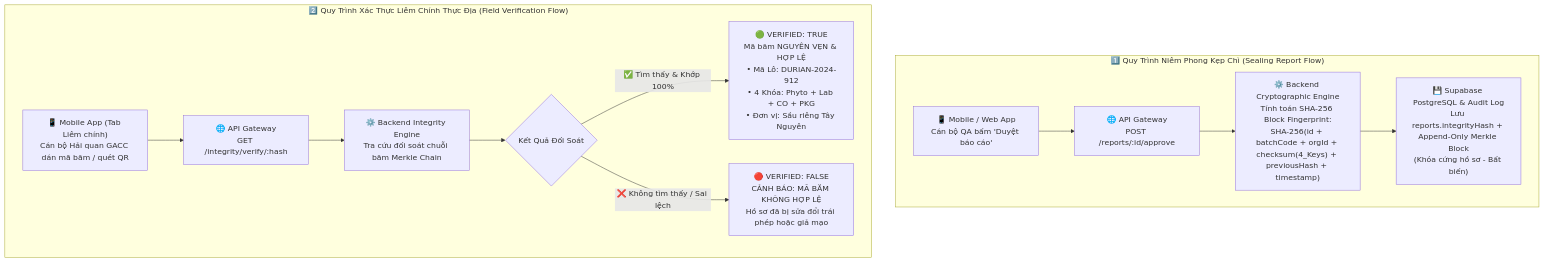
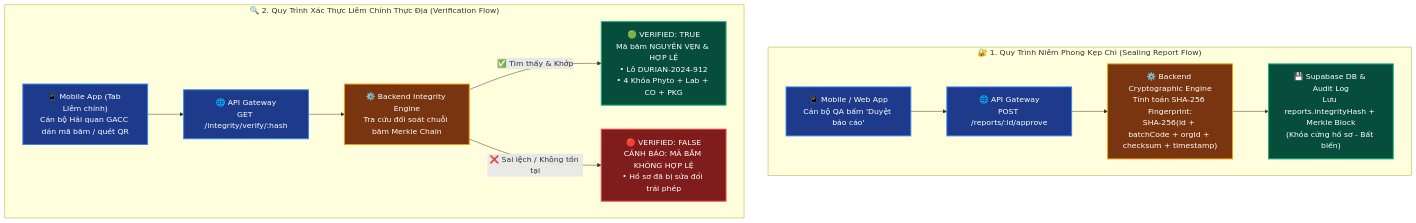
Before and after one commit to Rochthii/KADA_Module3_BE_Mobile_VANLONGHOI_THEMIS: the first of 2 diagrams in README.md, drawn with Mermaid. The commit also changed other lines of this file, not shown here.

Commit message:
docs: add modern colored node styling to Mermaid anti-tamper and architecture diagrams

````diff
--- a/README.md
+++ b/README.md
@@ -60,16 +60,29 @@
 ```mermaid
 flowchart TD
-    subgraph Flow1 ["1️⃣ Quy Trình Niêm Phong Kẹp Chì (Sealing Report Flow)"]
-        A1["📱 Mobile / Web App\nCán bộ QA bấm 'Duyệt báo cáo'"] --> B1["🌐 API Gateway\nPOST /reports/:id/approve"]
-        B1 --> C1["⚙️ Backend Cryptographic Engine\nTính toán SHA-256 Block Fingerprint:\nSHA-256(id + batchCode + orgId + checksum(4_Keys) + previousHash + timestamp)"]
-        C1 --> D1["💾 Supabase PostgreSQL & Audit Log\nLưu reports.integrityHash + Append-Only Merkle Block\n(Khóa cứng hồ sơ - Bất biến)"]
+    classDef blueBox fill:#1E3A8A,stroke:#3B82F6,stroke-width:2px,color:#FFFFFF;
+    classDef amberBox fill:#78350F,stroke:#F59E0B,stroke-width:2px,color:#FFFFFF;
+    classDef greenBox fill:#064E3B,stroke:#10B981,stroke-width:2px,color:#FFFFFF;
+    classDef redBox fill:#7F1D1D,stroke:#EF4444,stroke-width:2px,color:#FFFFFF;
+    classDef purpleBox fill:#4C1D95,stroke:#8B5CF6,stroke-width:2px,color:#FFFFFF;
+
+    subgraph Flow1 ["🔐 1. Quy Trình Niêm Phong Kẹp Chì (Sealing Report Flow)"]
+        A1["📱 Mobile / Web App<br/>Cán bộ QA bấm 'Duyệt báo cáo'"]:::blueBox
+        B1["🌐 API Gateway<br/>POST /reports/:id/approve"]:::blueBox
+        C1["⚙️ Backend Cryptographic Engine<br/>Tính toán SHA-256 Fingerprint:<br/>SHA-256(id + batchCode + orgId + checksum + timestamp)"]:::amberBox
+        D1["💾 Supabase DB & Audit Log<br/>Lưu reports.integrityHash + Merkle Block<br/>(Khóa cứng hồ sơ - Bất biến)"]:::greenBox
+
+        A1 --> B1 --> C1 --> D1
     end
 
-    subgraph Flow2 ["2️⃣ Quy Trình Xác Thực Liêm Chính Thực Địa (Field Verification Flow)"]
-        A2["📱 Mobile App (Tab Liêm chính)\nCán bộ Hải quan GACC dán mã băm / quét QR"] --> B2["🌐 API Gateway\nGET /integrity/verify/:hash"]
-        B2 --> C2["⚙️ Backend Integrity Engine\nTra cứu đối soát chuỗi băm Merkle Chain"]
-        C2 --> D2{"Kết Quả Đối Soát"}
-        D2 -->|✅ Tìm thấy & Khớp 100%| E2["🟢 VERIFIED: TRUE\nMã băm NGUYÊN VẸN & HỢP LỆ\n• Mã Lô: DURIAN-2024-912\n• 4 Khóa: Phyto + Lab + CO + PKG\n• Đơn vị: Sầu riêng Tây Nguyên"]
-        D2 -->|❌ Không tìm thấy / Sai lệch| F2["🔴 VERIFIED: FALSE\nCẢNH BÁO: MÃ BĂM KHÔNG HỢP LỆ\nHồ sơ đã bị sửa đổi trái phép hoặc giả mạo"]
+    subgraph Flow2 ["🔍 2. Quy Trình Xác Thực Liêm Chính Thực Địa (Verification Flow)"]
+        A2["📱 Mobile App (Tab Liêm chính)<br/>Cán bộ Hải quan GACC dán mã băm / quét QR"]:::blueBox
+        B2["🌐 API Gateway<br/>GET /integrity/verify/:hash"]:::blueBox
+        C2["⚙️ Backend Integrity Engine<br/>Tra cứu đối soát chuỗi băm Merkle Chain"]:::amberBox
+        E2["🟢 VERIFIED: TRUE<br/>Mã băm NGUYÊN VẸN & HỢP LỆ<br/>• Lô DURIAN-2024-912<br/>• 4 Khóa Phyto + Lab + CO + PKG"]:::greenBox
+        F2["🔴 VERIFIED: FALSE<br/>CẢNH BÁO: MÃ BĂM KHÔNG HỢP LỆ<br/>• Hồ sơ đã bị sửa đổi trái phép"]:::redBox
+
+        A2 --> B2 --> C2
+        C2 -->|✅ Tìm thấy & Khớp| E2
+        C2 -->|❌ Sai lệch / Không tồn tại| F2
     end
 ```
````
